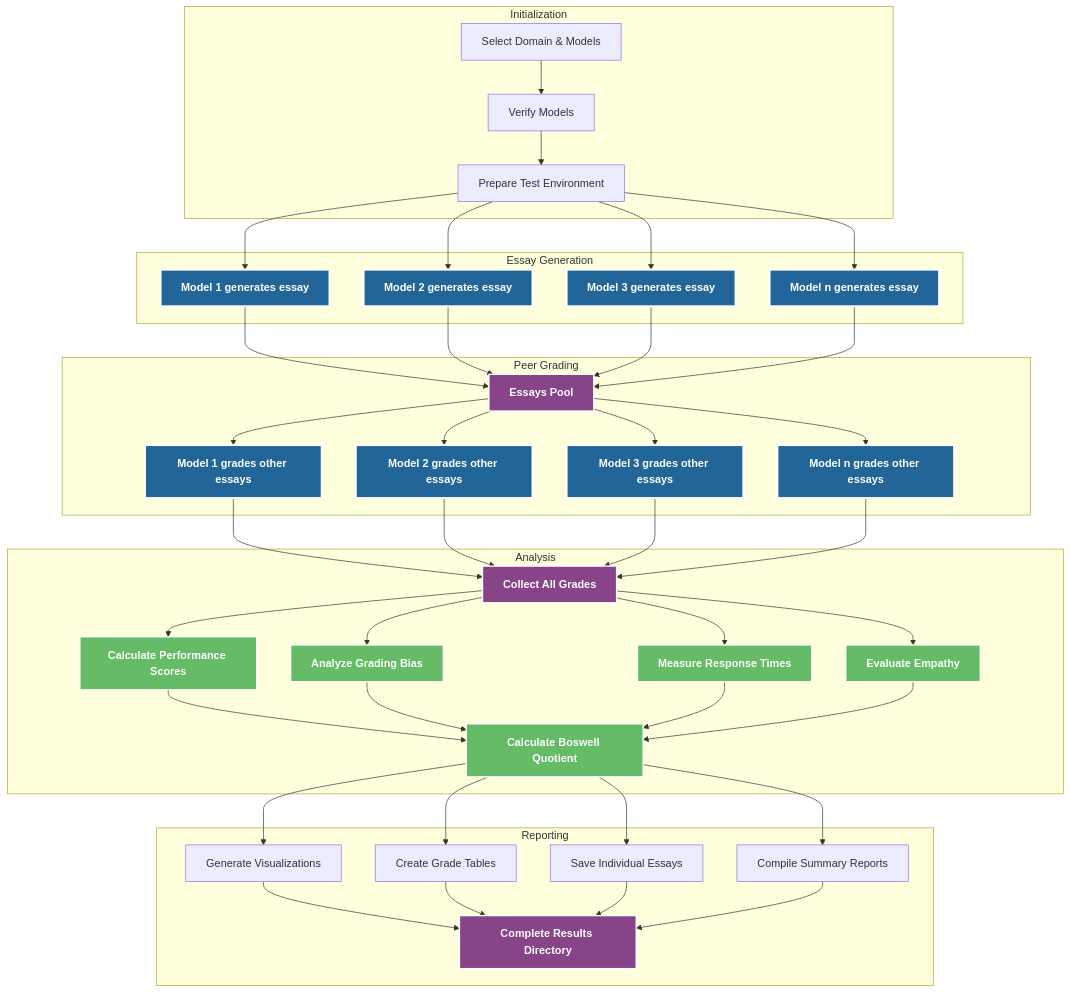
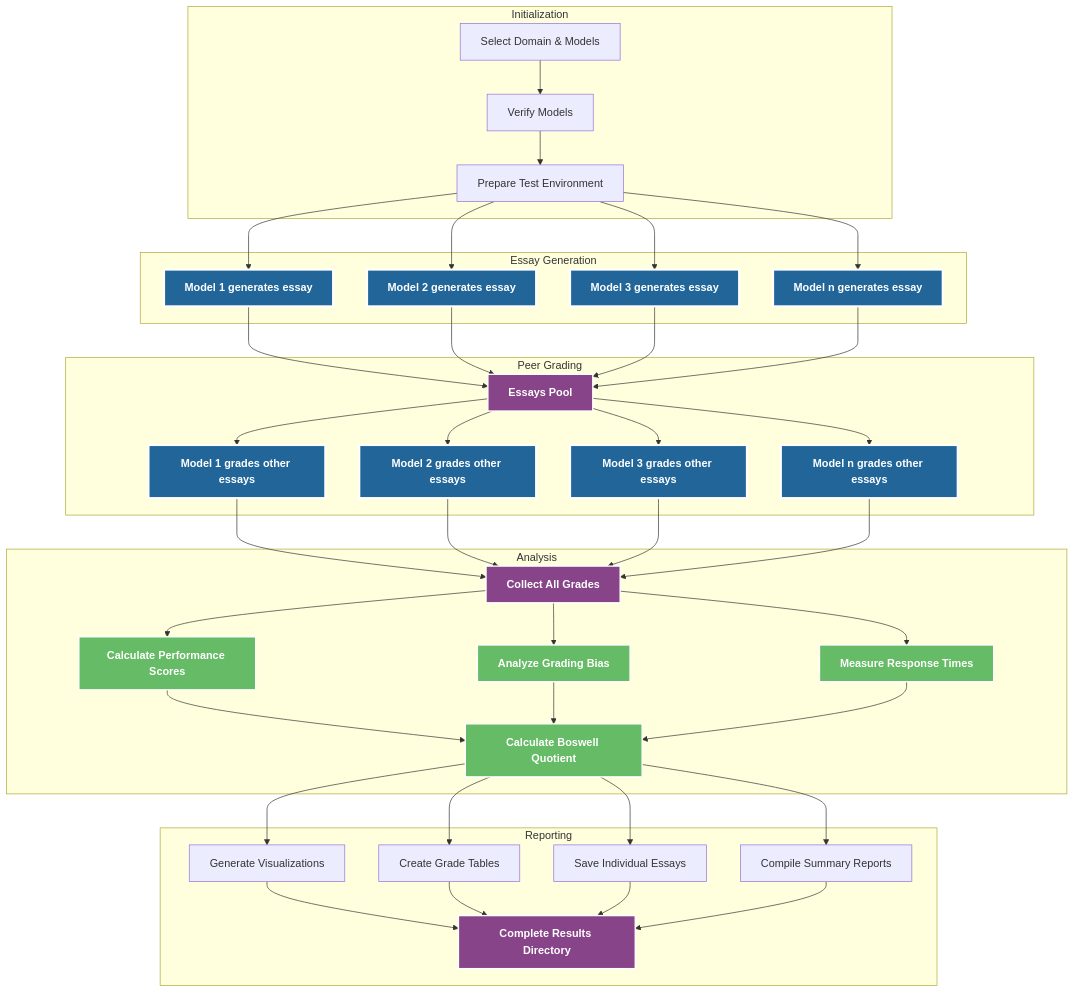
Before and after one commit to referential-ai/boswell-test: the first of 3 diagrams in docs/technical/model_interaction.md, drawn with Mermaid. The commit also changed other lines of this file, not shown here.

````diff
--- a/docs/technical/model_interaction.md
+++ b/docs/technical/model_interaction.md
@@ -9,63 +9,62 @@
 ```mermaid
 flowchart TD
     subgraph Initialization
         A[Select Domain & Models] --> B[Verify Models]
         B --> C[Prepare Test Environment]
     end
 
     subgraph Essay Generation
         C --> D1[Model 1 generates essay]
         C --> D2[Model 2 generates essay]
         C --> D3[Model 3 generates essay]
         C --> Dn[Model n generates essay]
     end
 
     subgraph Peer Grading
         D1 --> E1[Essays Pool]
         D2 --> E1
         D3 --> E1
         Dn --> E1
         
         E1 --> F1[Model 1 grades other essays]
         E1 --> F2[Model 2 grades other essays]
         E1 --> F3[Model 3 grades other essays]
         E1 --> Fn[Model n grades other essays]
     end
 
     subgraph Analysis
         F1 --> G[Collect All Grades]
         F2 --> G
         F3 --> G
         Fn --> G
         
         G --> H1[Calculate Performance Scores]
         G --> H2[Analyze Grading Bias]
         G --> H3[Measure Response Times]
-        G --> H4[Evaluate Empathy]
 
         H1 --> I[Calculate Boswell Quotient]
         H2 --> I
         H3 --> I
-        H4 --> I
+        
     end
 
     subgraph Reporting
         I --> J1[Generate Visualizations]
         I --> J2[Create Grade Tables]
         I --> J3[Save Individual Essays]
         I --> J4[Compile Summary Reports]
         
         J1 --> K[Complete Results Directory]
         J2 --> K
         J3 --> K
         J4 --> K
     end
 
     classDef model fill:#226699,stroke:#fff,stroke-width:3px,color:#fff,font-weight:bold
     classDef data fill:#884488,stroke:#fff,stroke-width:2px,color:#fff,font-weight:bold
     classDef process fill:#66BB66,stroke:#fff,stroke-width:2px,color:#fff,font-weight:bold
     
     class D1,D2,D3,Dn,F1,F2,F3,Fn model
     class E1,G,K data
-    class H1,H2,H3,H4,I process
+    class H1,H2,H3,I process
 ```
````
